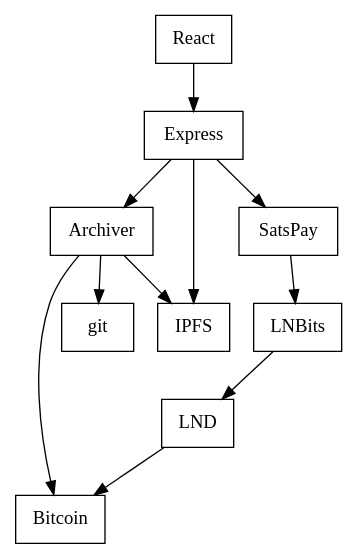
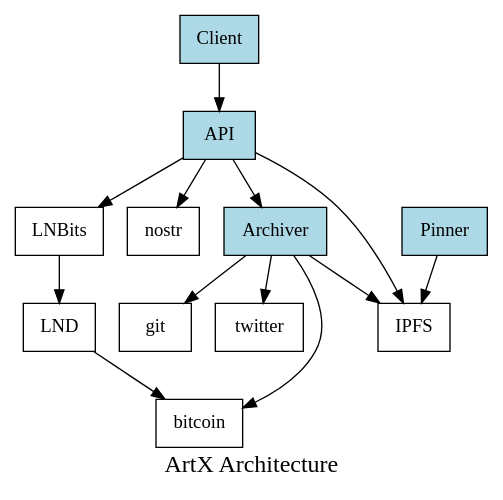
The diagram in design/arch.dot (macterra/artx-market), drawn with Graphviz before and after one commit. The commit also changed 3 other files, not shown here.

Commit message:
Updated diagrams

```diff
--- a/design/arch.dot
+++ b/design/arch.dot
@@ -1,13 +1,22 @@
-digraph G { 
+digraph G {
+  label="ArtX Architecture";
+  fontsize=18;
+
   node [shape=box];
-  React -> Express; 
-  Express -> Archiver; 
-  Express -> SatsPay; 
-  SatsPay -> LNBits;
+  Client [style=filled, fillcolor=lightblue];
+  API [style=filled, fillcolor=lightblue];
+  Archiver [style=filled, fillcolor=lightblue];
+  Pinner [style=filled, fillcolor=lightblue];
+  Client -> API;
+  API -> Archiver;
+  API -> LNBits;
+  API -> nostr;
   LNBits -> LND;
-  LND -> Bitcoin;
-  Express -> IPFS; 
-  Archiver -> git; 
-  Archiver -> IPFS; 
-  Archiver -> Bitcoin; 
+  LND -> bitcoin;
+  API -> IPFS;
+  Archiver -> git;
+  Archiver -> IPFS;
+  Archiver -> bitcoin;
+  Archiver -> twitter;
+  Pinner -> IPFS;
 }
```
